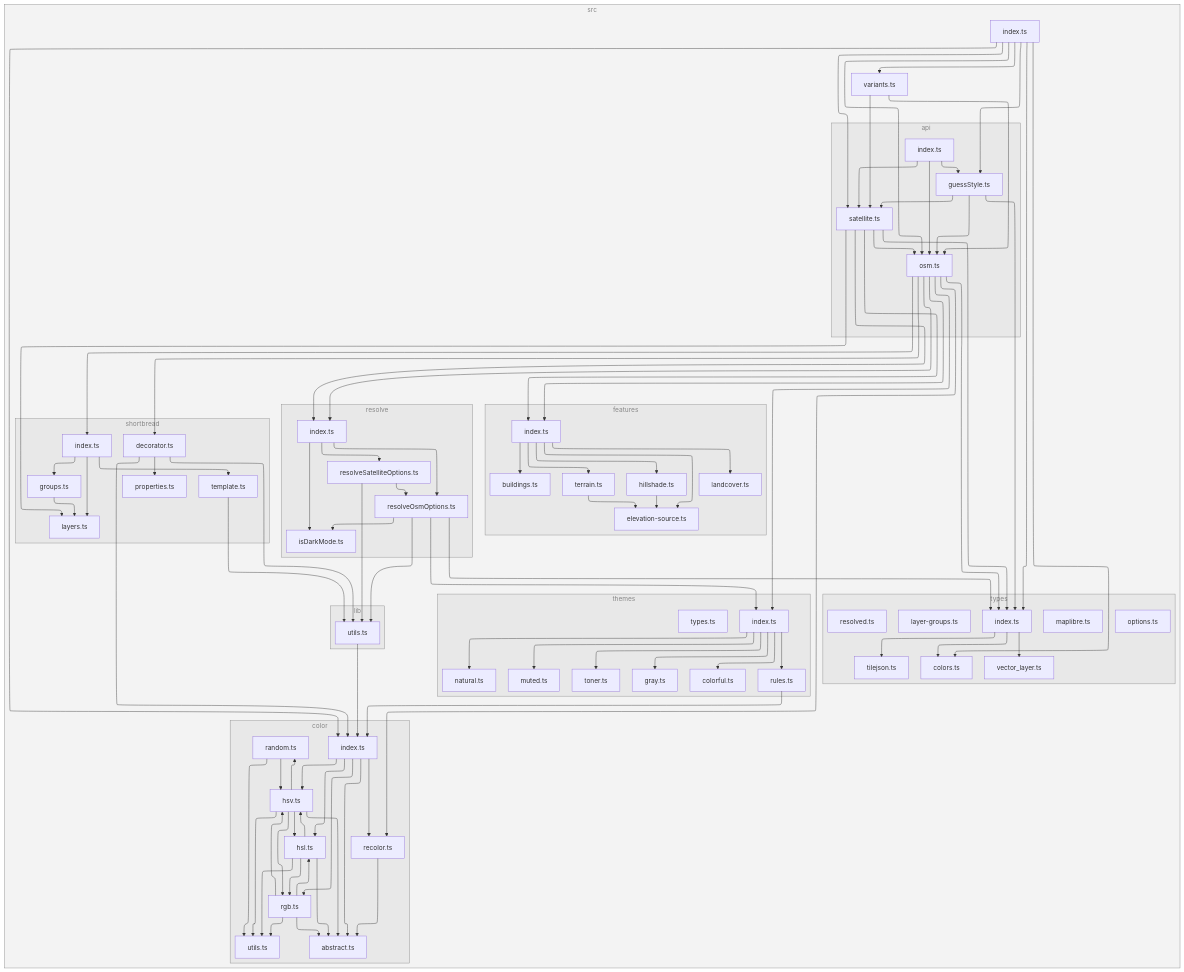
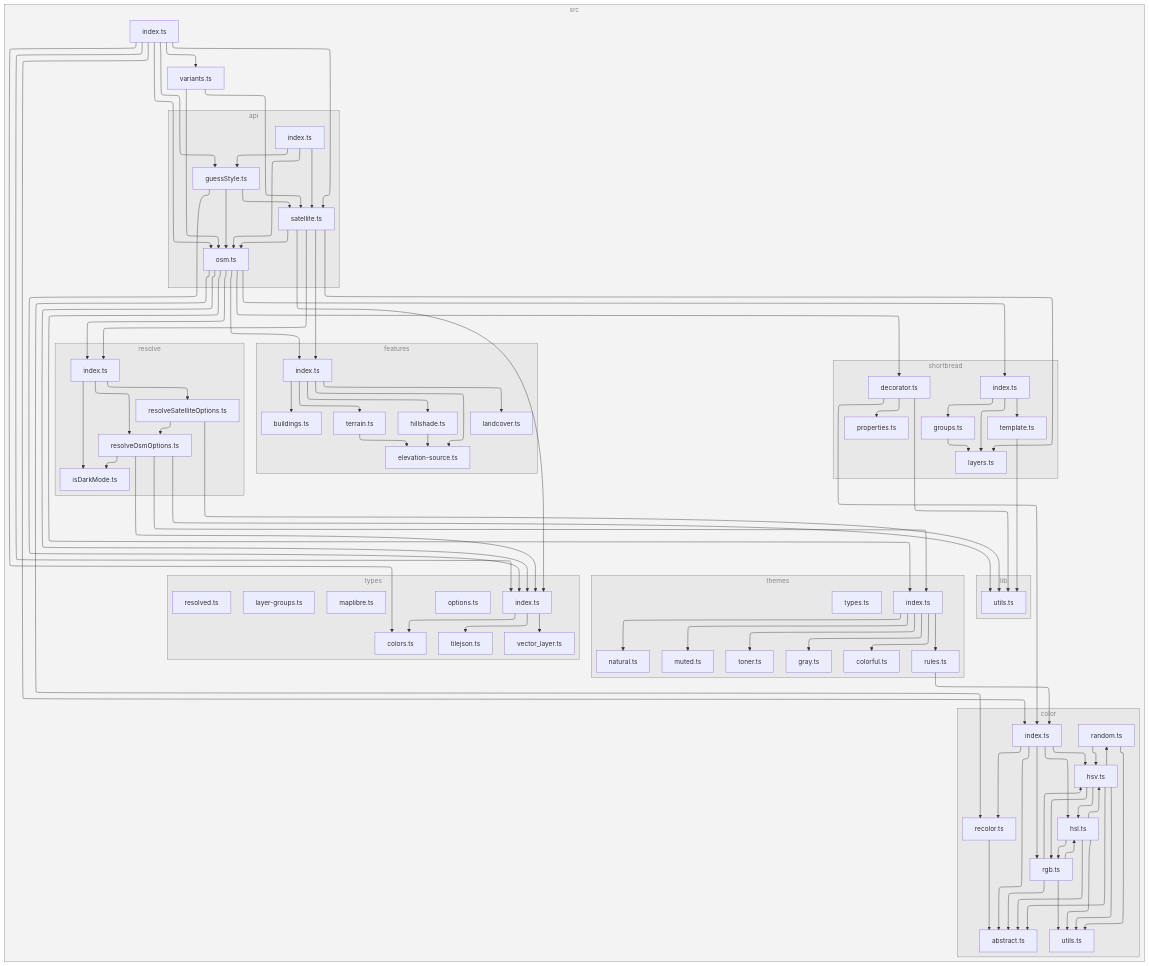
Before and after one commit to versatiles-org/versatiles-style: the diagram in README.md, drawn with Mermaid. The commit also changed 1 other file, not shown here.

Commit message:
feat: add isCloneable utility function for deep cloning value objects

````diff
--- a/README.md
+++ b/README.md
@@ -173,12 +173,12 @@
 subgraph 9["color"]
 A["recolor.ts"]
 B["abstract.ts"]
-P["index.ts"]
-Q["hsl.ts"]
-R["hsv.ts"]
-S["random.ts"]
-T["utils.ts"]
-U["rgb.ts"]
+W["index.ts"]
+X["hsl.ts"]
+Y["hsv.ts"]
+Z["random.ts"]
+10["utils.ts"]
+11["rgb.ts"]
 end
 subgraph C["features"]
 D["index.ts"]
@@ -197,13 +197,13 @@
 subgraph N["lib"]
 O["utils.ts"]
 end
-subgraph V["themes"]
-W["index.ts"]
-X["colorful.ts"]
-Y["gray.ts"]
-Z["muted.ts"]
-10["natural.ts"]
-11["rules.ts"]
+subgraph P["themes"]
+Q["index.ts"]
+R["colorful.ts"]
+S["gray.ts"]
+T["muted.ts"]
+U["natural.ts"]
+V["rules.ts"]
 12["toner.ts"]
 1F["types.ts"]
 end
@@ -229,7 +229,7 @@
 8-->K
 8-->15
 8-->17
-8-->W
+8-->Q
 8-->4
 A-->B
 D-->E
@@ -243,40 +243,39 @@
 K-->M
 K-->13
 M-->O
-M-->W
+M-->Q
 M-->4
 M-->L
-O-->P
-P-->B
-P-->Q
-P-->R
-P-->A
-P-->U
-Q-->B
 Q-->R
+Q-->S
+Q-->T
 Q-->U
-Q-->T
-R-->B
-R-->Q
-R-->S
-R-->U
-R-->T
-S-->R
-S-->T
-U-->B
-U-->Q
-U-->R
-U-->T
+Q-->V
+Q-->12
+V-->W
+W-->B
 W-->X
 W-->Y
-W-->Z
-W-->10
+W-->A
 W-->11
-W-->12
-11-->P
+X-->B
+X-->Y
+X-->11
+X-->10
+Y-->B
+Y-->X
+Y-->Z
+Y-->11
+Y-->10
+Z-->Y
+Z-->10
+11-->B
+11-->X
+11-->Y
+11-->10
 13-->O
 13-->M
-15-->P
+15-->W
 15-->O
 15-->16
 17-->18
@@ -295,13 +294,13 @@
 1D-->2
 1D-->8
 1D-->1B
-1D-->P
+1D-->W
 1D-->5
 1D-->4
 1D-->1E
 1E-->8
 1E-->1B
 
-class 0,1,3,9,C,J,N,V,14 subgraphs;
+class 0,1,3,9,C,J,N,P,14 subgraphs;
 classDef subgraphs fill-opacity:0.1, fill:#888, color:#888, stroke:#888;
 ```
````
